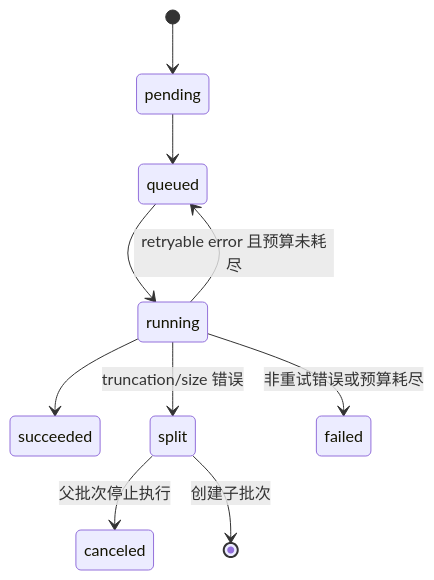
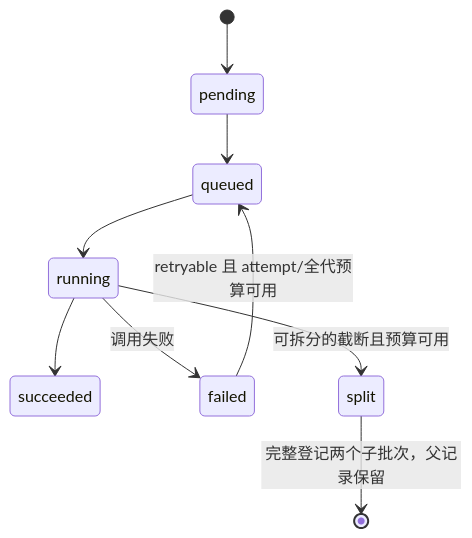
The third of 5 diagrams in docs/architecture/workflows-and-state-machines.md (ccisnoxx/md2word), drawn with Mermaid before and after one commit. The commit also changed other lines of this file and 70 other files, not shown here.

````diff
--- a/docs/architecture/workflows-and-state-machines.md
+++ b/docs/architecture/workflows-and-state-machines.md
@@ -62,12 +62,11 @@
 ```mermaid
 stateDiagram-v2
   [*] --> pending
   pending --> queued
   queued --> running
   running --> succeeded
-  running --> queued: retryable error 且预算未耗尽
-  running --> split: truncation/size 错误
-  split --> canceled: 父批次停止执行
-  split --> [*]: 创建子批次
-  running --> failed: 非重试错误或预算耗尽
+  running --> failed: 调用失败
+  failed --> queued: retryable 且 attempt/全代预算可用
+  running --> split: 可拆分的截断且预算可用
+  split --> [*]: 完整登记两个子批次，父记录保留
 ```
````
